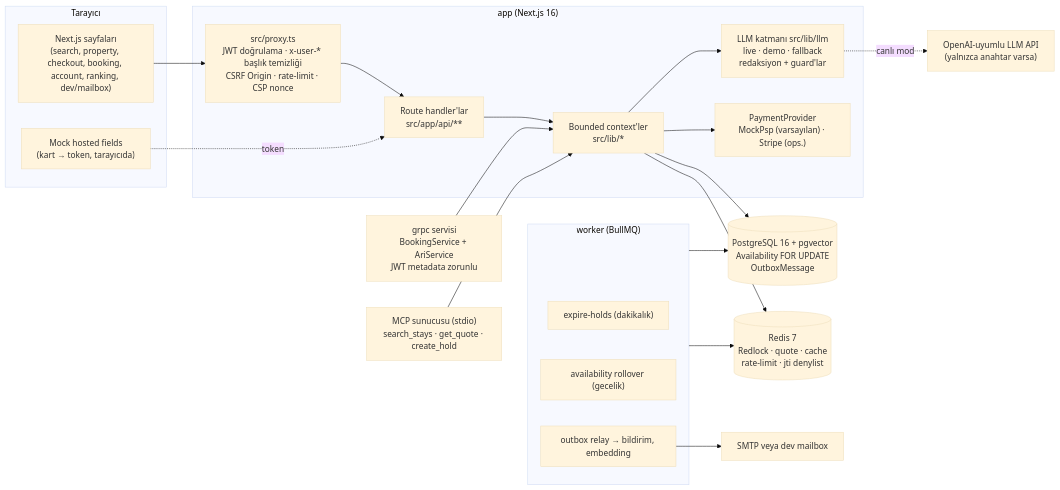
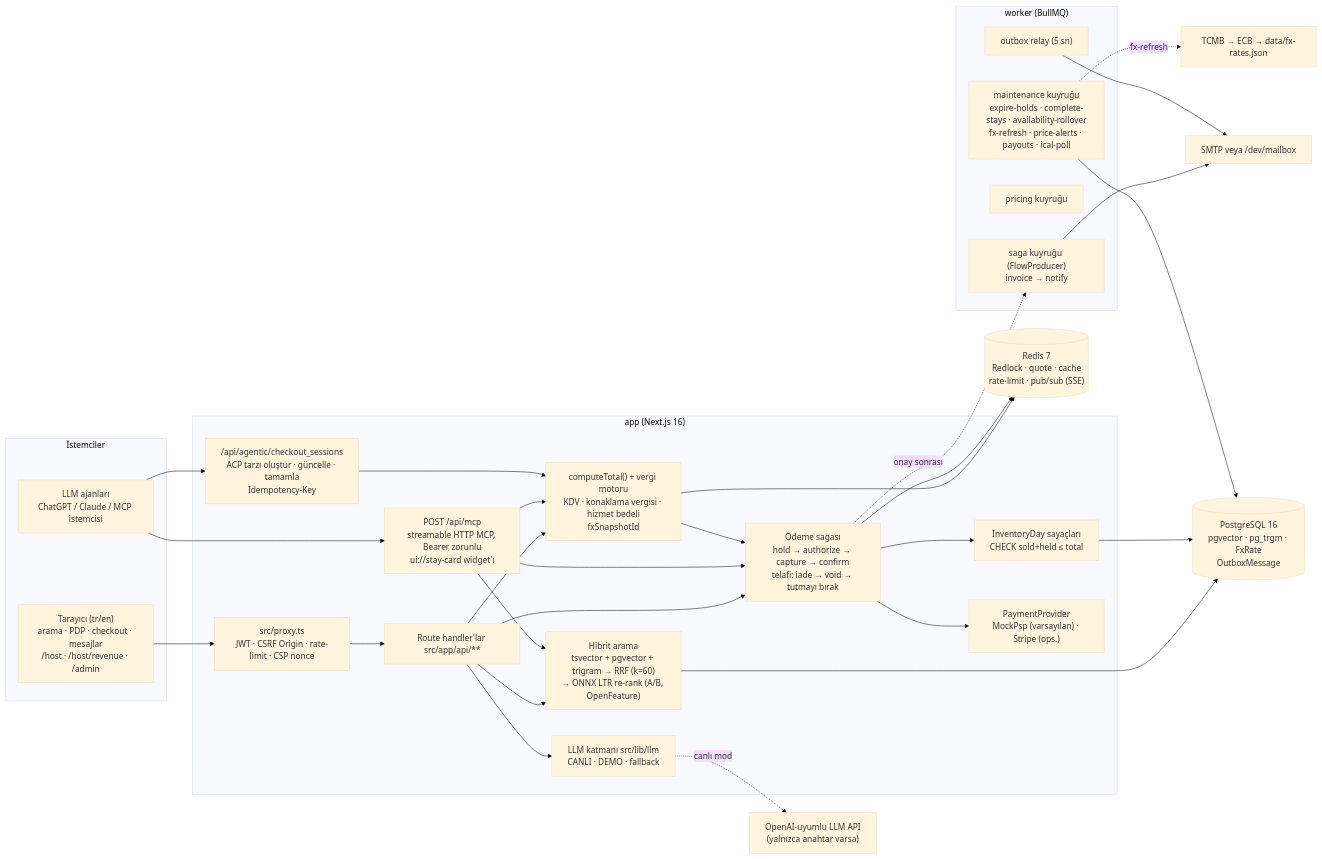
One commit to tunadeniz1304/booking-platform changed the diagram in README.md. Above: the diagram before and after it, drawn with Mermaid (base theme). The commit also changed other lines of this file and 16 other files, not shown here.

Commit message:
docs: update v3 architecture, security, compliance and screenshots

````diff
--- a/README.md
+++ b/README.md
@@ -13,40 +15,50 @@
 ```mermaid
 flowchart LR
-  subgraph Client["Tarayıcı"]
-    UI["Next.js sayfaları<br/>(search, property, checkout, booking, account, ranking, dev/mailbox)"]
-    HF["Mock hosted fields<br/>(kart → token, tarayıcıda)"]
+  subgraph Clients["İstemciler"]
+    UI["Tarayıcı (tr/en)<br/>arama · PDP · checkout · mesajlar<br/>/host · /host/revenue · /admin"]
+    AG["LLM ajanları<br/>ChatGPT / Claude / MCP istemcisi"]
   end
 
   subgraph App["app (Next.js 16)"]
-    PX["src/proxy.ts<br/>JWT doğrulama · x-user-* başlık temizliği<br/>CSRF Origin · rate-limit · CSP nonce"]
-    API["Route handler'lar<br/>src/app/api/**"]
-    LIB["Bounded context'ler<br/>src/lib/*"]
-    LLM["LLM katmanı src/lib/llm<br/>live · demo · fallback<br/>redaksiyon + guard'lar"]
+    PX["src/proxy.ts<br/>JWT · CSRF Origin · rate-limit · CSP nonce"]
+    API["Route handler'lar src/app/api/**"]
+    MCPH["POST /api/mcp<br/>streamable HTTP MCP, Bearer zorunlu<br/>ui://stay-card widget'ı"]
+    ACP["/api/agentic/checkout_sessions<br/>ACP tarzı oluştur · güncelle · tamamla<br/>Idempotency-Key"]
+    SRCH["Hibrit arama<br/>tsvector + pgvector + trigram → RRF (k=60)<br/>→ ONNX LTR re-rank (A/B, OpenFeature)"]
+    QT["computeTotal() + vergi motoru<br/>KDV · konaklama vergisi · hizmet bedeli<br/>fxSnapshotId"]
+    SAGA["Ödeme sagası<br/>hold → authorize → capture → confirm<br/>telafi: iade → void → tutmayı bırak"]
+    INV["InventoryDay sayaçları<br/>CHECK sold+held ≤ total"]
+    LLM["LLM katmanı src/lib/llm<br/>CANLI · DEMO · fallback"]
     PSP["PaymentProvider<br/>MockPsp (varsayılan) · Stripe (ops.)"]
   end
 
   subgraph Worker["worker (BullMQ)"]
-    W1["expire-holds (dakikalık)"]
-    W2["availability rollover (gecelik)"]
-    W3["outbox relay → bildirim, embedding"]
+    WM["maintenance kuyruğu<br/>expire-holds · complete-stays · availability-rollover<br/>fx-refresh · price-alerts · payouts · ical-poll"]
+    WS["saga kuyruğu (FlowProducer)<br/>invoice → notify"]
+    WP["pricing kuyruğu"]
+    WO["outbox relay (5 sn)"]
   end
 
-  GRPC["grpc servisi<br/>BookingService + AriService<br/>JWT metadata zorunlu"]
-  MCP["MCP sunucusu (stdio)<br/>search_stays · get_quote · create_hold"]
-  PG[("PostgreSQL 16 + pgvector<br/>Availability FOR UPDATE<br/>OutboxMessage")]
-  RD[("Redis 7<br/>Redlock · quote · cache<br/>rate-limit · jti denylist")]
+  PG[("PostgreSQL 16<br/>pgvector · pg_trgm · FxRate<br/>OutboxMessage")]
+  RD[("Redis 7<br/>Redlock · quote · cache<br/>rate-limit · pub/sub (SSE)")]
+  FX["TCMB → ECB → data/fx-rates.json"]
   EXT["OpenAI-uyumlu LLM API<br/>(yalnızca anahtar varsa)"]
-  MAIL["SMTP veya dev mailbox"]
+  MAIL["SMTP veya /dev/mailbox"]
 
-  UI --> PX --> API --> LIB
-  HF -. token .-> API
-  LIB --> PG
-  LIB --> RD
-  LIB --> LLM -. canlı mod .-> EXT
-  LIB --> PSP
-  Worker --> PG
-  Worker --> RD
-  W3 --> MAIL
-  GRPC --> LIB
-  MCP --> LIB
+  UI --> PX --> API
+  AG --> MCPH
+  AG --> ACP
+  API --> SRCH & QT & SAGA
+  MCPH --> SRCH & QT & SAGA
+  ACP --> QT --> SAGA
+  SAGA --> INV
+  SAGA --> PSP
+  SAGA -. onay sonrası .-> WS
+  API --> LLM -. canlı mod .-> EXT
+  SRCH & INV --> PG
+  QT & SAGA --> RD
+  WM --> PG
+  WM -. fx-refresh .-> FX
+  WS --> MAIL
+  WO --> MAIL
 ```
````
